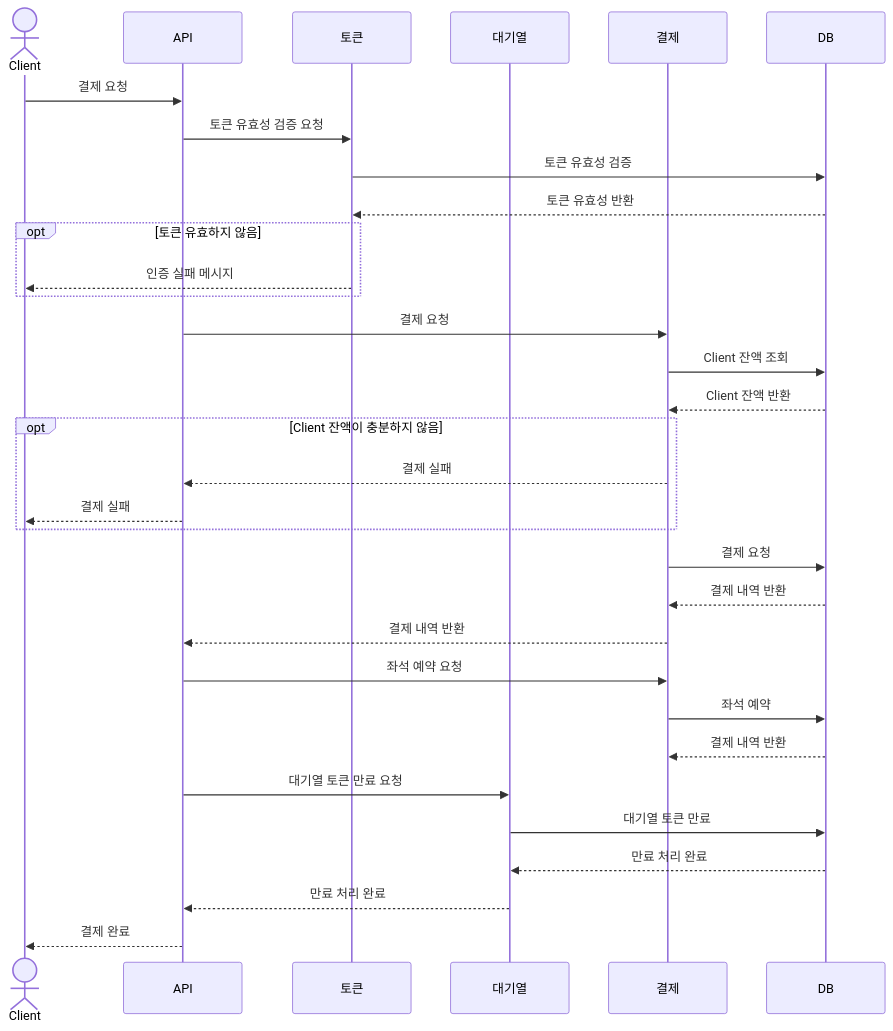
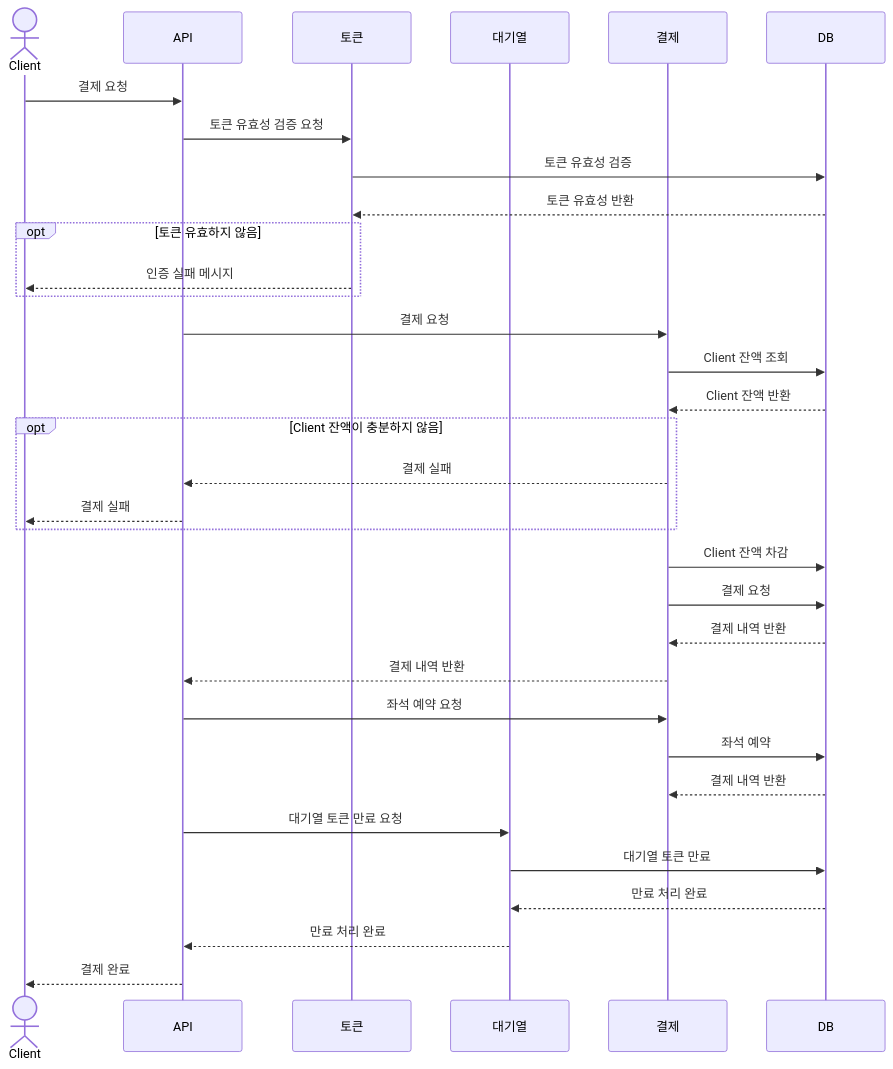
Before and after one commit to hyojin202406/hanghae-concert: the eighth of 8 diagrams in docs/sequence_diagram.md, drawn with Mermaid.

Commit message:
docs: 시퀀스 다이어그램 수정

````diff
--- a/docs/sequence_diagram.md
+++ b/docs/sequence_diagram.md
@@ -212,35 +212,36 @@
 ```mermaid
 sequenceDiagram
     actor Client
     participant API
     participant 토큰서비스 as 토큰
     participant 대기열서비스 as 대기열
     participant 결제서비스 as 결제
     participant DB
 
     Client ->> API: 결제 요청
     API ->> 토큰서비스: 토큰 유효성 검증 요청
     토큰서비스 ->> DB: 토큰 유효성 검증
     DB -->> 토큰서비스: 토큰 유효성 반환
     opt 토큰 유효하지 않음
         토큰서비스-->>Client: 인증 실패 메시지
     end
     API ->> 결제서비스: 결제 요청
     결제서비스 ->> DB:  Client 잔액 조회
     DB -->> 결제서비스: Client 잔액 반환
     opt Client 잔액이 충분하지 않음
         결제서비스-->>API: 결제 실패
         API-->>Client: 결제 실패
     end
+    결제서비스 ->> DB:  Client 잔액 차감
     결제서비스 ->> DB:  결제 요청
     DB -->> 결제서비스: 결제 내역 반환
     결제서비스 -->> API: 결제 내역 반환
     API ->> 결제서비스: 좌석 예약 요청
     결제서비스 ->> DB:  좌석 예약
     DB -->> 결제서비스: 결제 내역 반환
     API ->> 대기열서비스: 대기열 토큰 만료 요청
     대기열서비스 ->> DB: 대기열 토큰 만료
     DB -->> 대기열서비스: 만료 처리 완료
     대기열서비스 -->> API: 만료 처리 완료
     API -->> Client: 결제 완료
 ```
````
